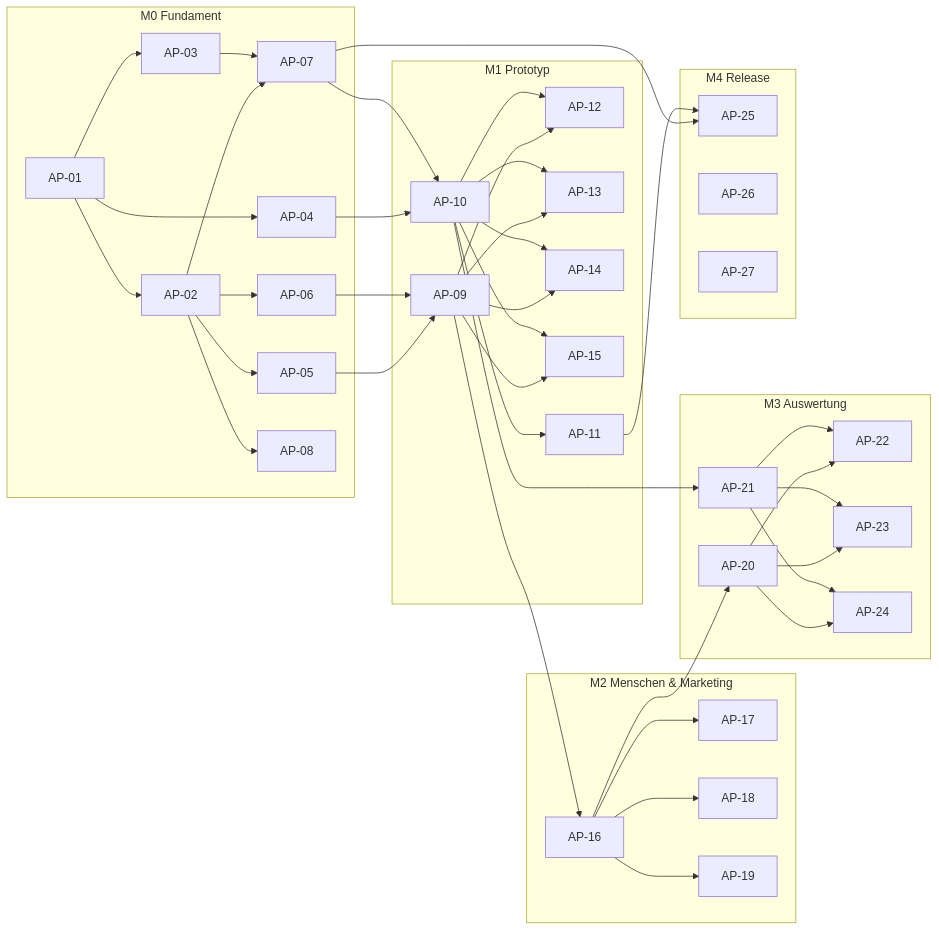
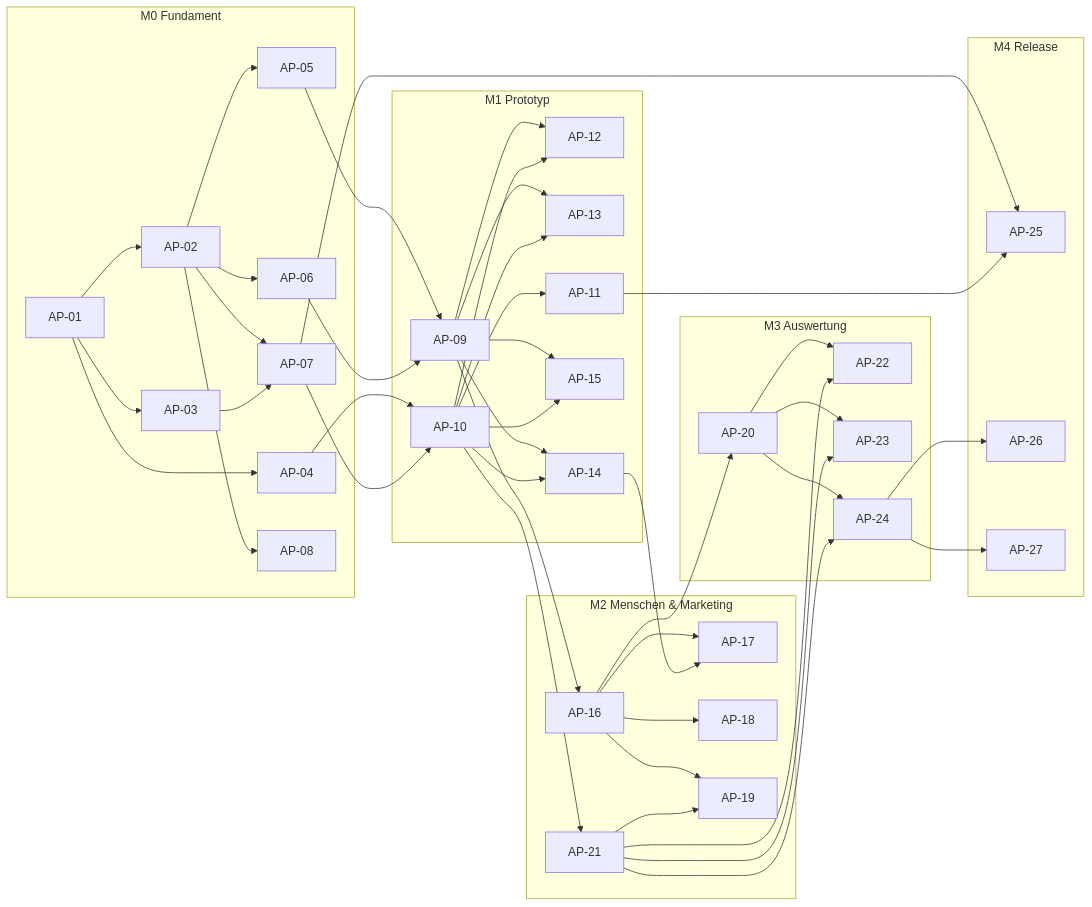
One commit to CemDCoding/appManager changed the third of 3 diagrams in docs/masterBuildPlan.md. Above: the diagram before and after it, drawn with Mermaid. The commit also changed other lines of this file, not shown here.

````diff
--- a/docs/masterBuildPlan.md
+++ b/docs/masterBuildPlan.md
@@ -611,30 +613,34 @@
 ```mermaid
 flowchart LR
   subgraph M0["M0 Fundament"]
     AP01["AP-01"] --> AP02["AP-02"] & AP03["AP-03"] & AP04["AP-04"]
     AP02 --> AP05["AP-05"] & AP06["AP-06"] & AP07["AP-07"] & AP08["AP-08"]
     AP03 --> AP07
   end
   subgraph M1["M1 Prototyp"]
     AP09["AP-09"]
     AP10["AP-10"]
     AP09 & AP10 --> AP12["AP-12"] & AP13["AP-13"] & AP14["AP-14"] & AP15["AP-15"]
     AP10 --> AP11["AP-11"]
   end
   subgraph M2["M2 Menschen & Marketing"]
     AP16["AP-16"] --> AP17["AP-17"] & AP18["AP-18"] & AP19["AP-19"]
+    AP21["AP-21"] --> AP19
   end
   subgraph M3["M3 Auswertung"]
-    AP20["AP-20"] & AP21["AP-21"] --> AP22["AP-22"] & AP23["AP-23"] & AP24["AP-24"]
+    AP20["AP-20"] --> AP22["AP-22"] & AP23["AP-23"] & AP24["AP-24"]
   end
+  AP21 --> AP22 & AP23 & AP24
+  AP14 --> AP17
   subgraph M4["M4 Release"]
     AP25["AP-25"]
     AP26["AP-26"]
     AP27["AP-27"]
   end
   AP05 & AP06 --> AP09
   AP04 & AP07 --> AP10
   AP09 --> AP16 --> AP20
   AP10 --> AP21
   AP07 & AP11 --> AP25
+  AP24 --> AP26 & AP27
 ```
````
